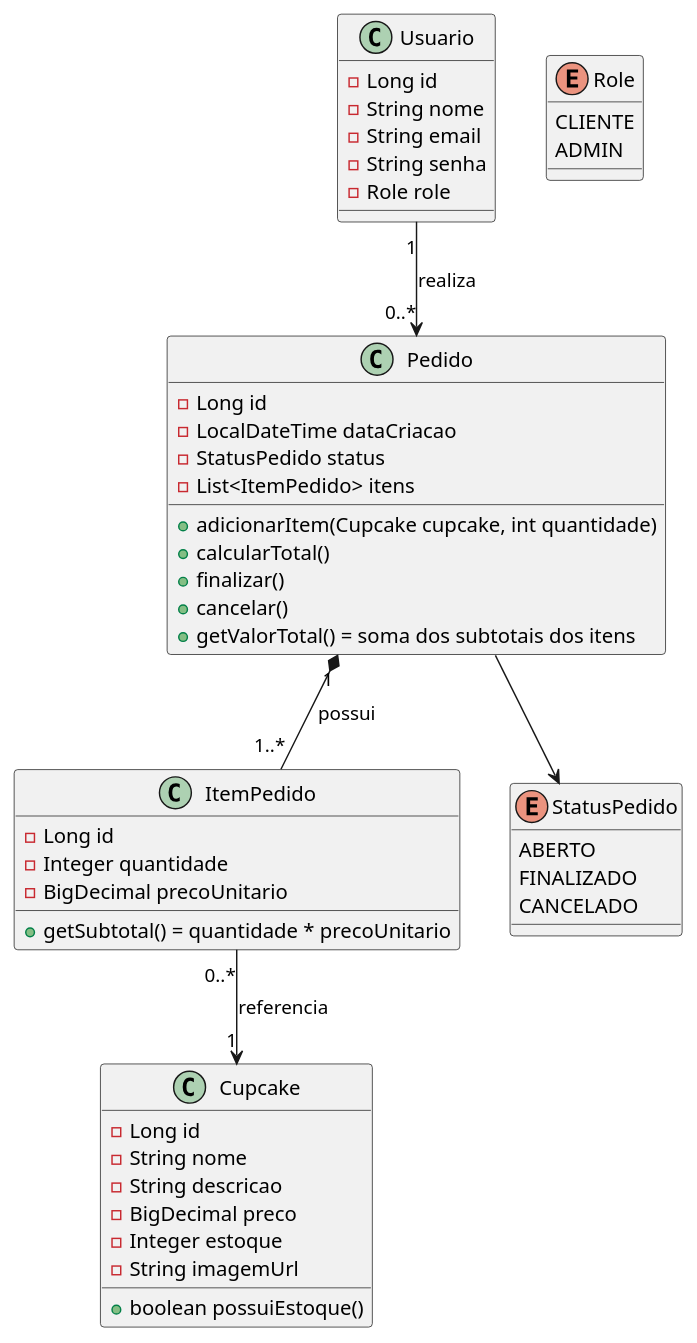
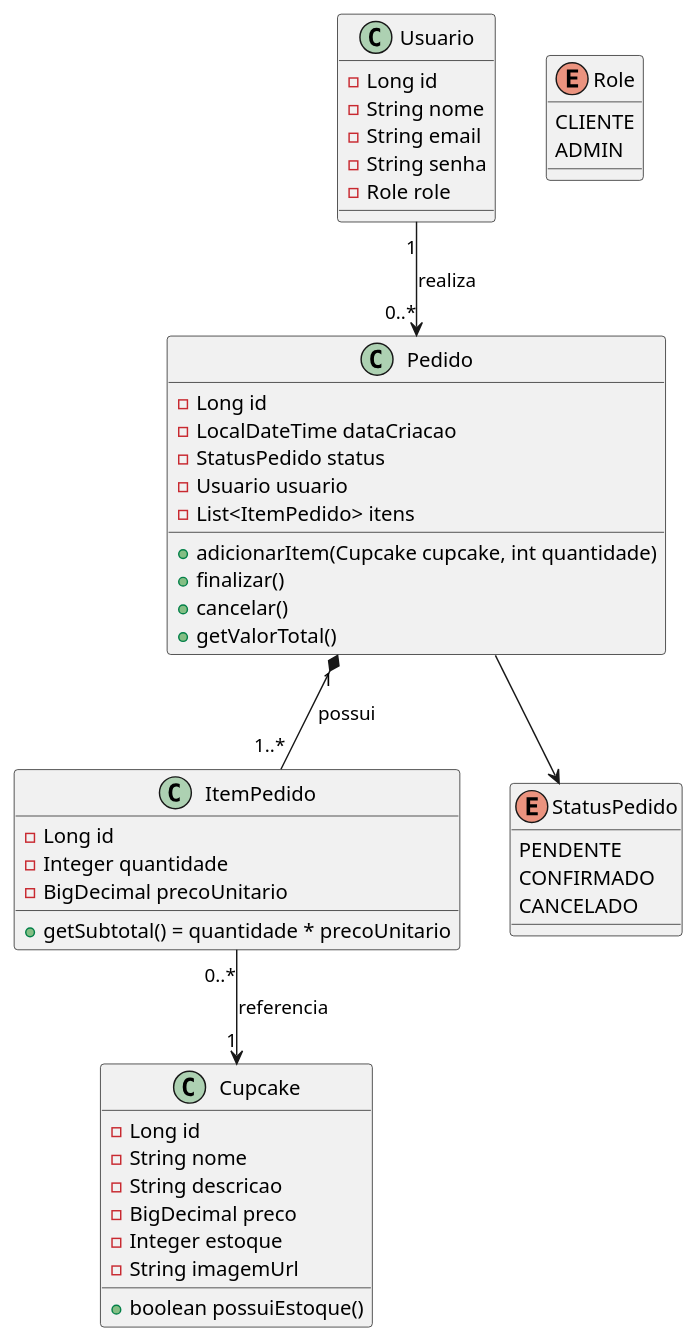
Before and after one commit to HeloisaFelizardo/CupcakeStore: the diagram in docs/uml/class-diagram.puml, drawn with PlantUML. The commit also changed 3 other files, not shown here.

```diff
--- a/docs/uml/class-diagram.puml
+++ b/docs/uml/class-diagram.puml
@@ -1,57 +1,56 @@
 @startuml
 
 class Usuario {
     - Long id
     - String nome
     - String email
     - String senha
     - Role role
 }
 
 class Cupcake {
     - Long id
     - String nome
     - String descricao
     - BigDecimal preco
     - Integer estoque
     - String imagemUrl
     + boolean possuiEstoque()
 }
 
 class Pedido {
     - Long id
     - LocalDateTime dataCriacao
-    - StatusPedido status
+    - StatusPedido status   
+    - Usuario usuario
     - List<ItemPedido> itens
-
     + adicionarItem(Cupcake cupcake, int quantidade)
-    + calcularTotal()
     + finalizar()
     + cancelar()
-    + getValorTotal() = soma dos subtotais dos itens
+    + getValorTotal() 
 }
 
 class ItemPedido {
     - Long id
     - Integer quantidade
     - BigDecimal precoUnitario
     + getSubtotal() = quantidade * precoUnitario
 }
 
 enum StatusPedido {
-    ABERTO
-    FINALIZADO
+    PENDENTE
+    CONFIRMADO
     CANCELADO
 }
 
 enum Role {
     CLIENTE
     ADMIN
 }
 
 Usuario "1" --> "0..*" Pedido : realiza
 Pedido "1" *-- "1..*" ItemPedido : possui
 ItemPedido "0..*" --> "1" Cupcake : referencia
 Pedido --> StatusPedido
 
 @enduml
```
